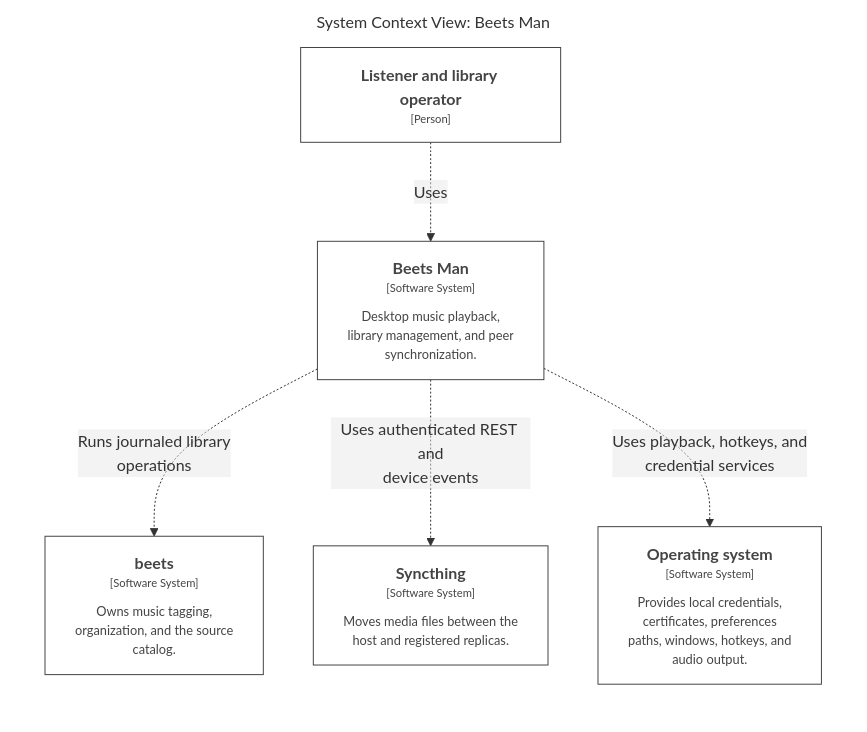
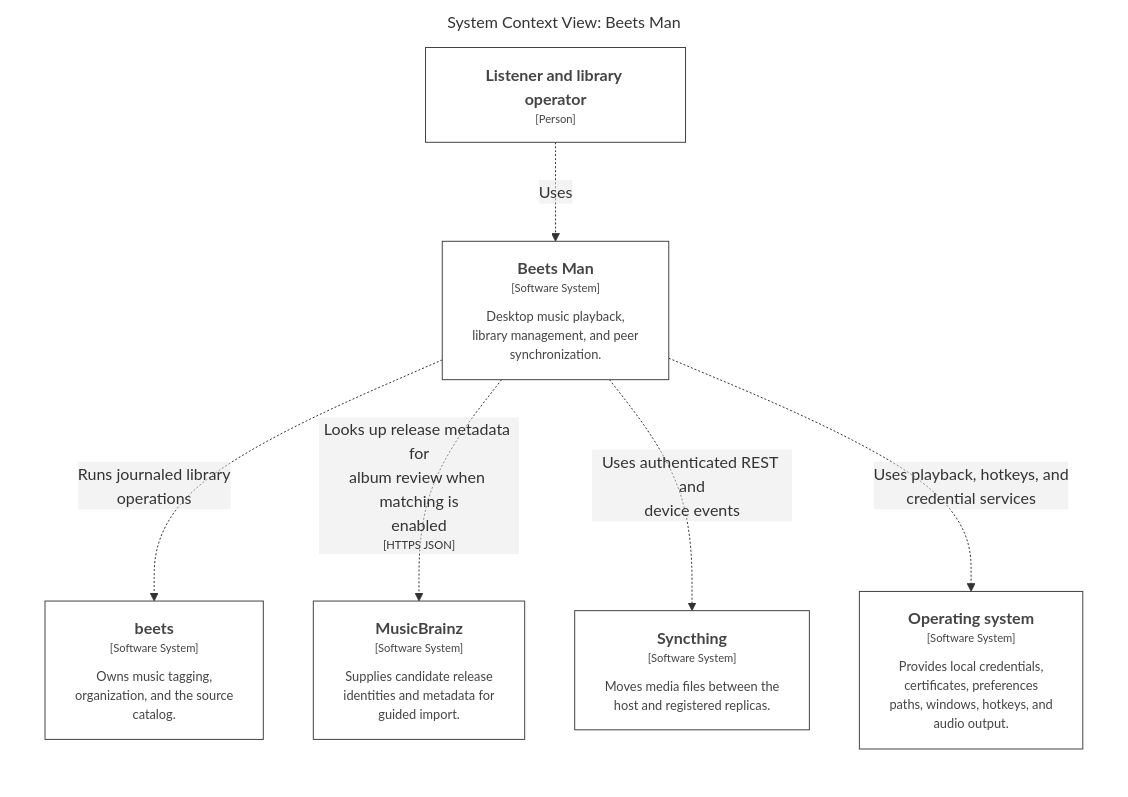
Before and after one commit to sharpninja/beets-man: the first of 13 diagrams in docs/Project/wiki/github/C4-Views.md, drawn with Mermaid. The commit also changed other lines of this file and 486 other files, not shown here.

````diff
--- a/docs/Project/wiki/github/C4-Views.md
+++ b/docs/Project/wiki/github/C4-Views.md
@@ -7,25 +7,28 @@
 ```mermaid
 graph LR
   linkStyle default fill:#ffffff
 
   subgraph diagram ["System Context View: Beets Man"]
     style diagram fill:#ffffff,stroke:#ffffff
 
     1["<div style='font-weight: bold'>Listener and library operator</div><div style='font-size: 70%; margin-top: 0px'>[Person]</div>"]
     style 1 fill:#ffffff,stroke:#444444,color:#444444
     2["<div style='font-weight: bold'>beets</div><div style='font-size: 70%; margin-top: 0px'>[Software System]</div><div style='font-size: 80%; margin-top:10px'>Owns music tagging,<br />organization, and the source<br />catalog.</div>"]
     style 2 fill:#ffffff,stroke:#444444,color:#444444
-    3["<div style='font-weight: bold'>Syncthing</div><div style='font-size: 70%; margin-top: 0px'>[Software System]</div><div style='font-size: 80%; margin-top:10px'>Moves media files between the<br />host and registered replicas.</div>"]
+    3["<div style='font-weight: bold'>MusicBrainz</div><div style='font-size: 70%; margin-top: 0px'>[Software System]</div><div style='font-size: 80%; margin-top:10px'>Supplies candidate release<br />identities and metadata for<br />guided import.</div>"]
     style 3 fill:#ffffff,stroke:#444444,color:#444444
-    5["<div style='font-weight: bold'>Operating system</div><div style='font-size: 70%; margin-top: 0px'>[Software System]</div><div style='font-size: 80%; margin-top:10px'>Provides local credentials,<br />certificates, preferences<br />paths, windows, hotkeys, and<br />audio output.</div>"]
-    style 5 fill:#ffffff,stroke:#444444,color:#444444
-    6["<div style='font-weight: bold'>Beets Man</div><div style='font-size: 70%; margin-top: 0px'>[Software System]</div><div style='font-size: 80%; margin-top:10px'>Desktop music playback,<br />library management, and peer<br />synchronization.</div>"]
+    4["<div style='font-weight: bold'>Syncthing</div><div style='font-size: 70%; margin-top: 0px'>[Software System]</div><div style='font-size: 80%; margin-top:10px'>Moves media files between the<br />host and registered replicas.</div>"]
+    style 4 fill:#ffffff,stroke:#444444,color:#444444
+    6["<div style='font-weight: bold'>Operating system</div><div style='font-size: 70%; margin-top: 0px'>[Software System]</div><div style='font-size: 80%; margin-top:10px'>Provides local credentials,<br />certificates, preferences<br />paths, windows, hotkeys, and<br />audio output.</div>"]
     style 6 fill:#ffffff,stroke:#444444,color:#444444
+    7["<div style='font-weight: bold'>Beets Man</div><div style='font-size: 70%; margin-top: 0px'>[Software System]</div><div style='font-size: 80%; margin-top:10px'>Desktop music playback,<br />library management, and peer<br />synchronization.</div>"]
+    style 7 fill:#ffffff,stroke:#444444,color:#444444
 
-    1-. "<div>Uses</div><div style='font-size: 70%'></div>" .->6
-    6-. "<div>Uses playback, hotkeys, and<br />credential services</div><div style='font-size: 70%'></div>" .->5
-    6-. "<div>Runs journaled library<br />operations</div><div style='font-size: 70%'></div>" .->2
-    6-. "<div>Uses authenticated REST and<br />device events</div><div style='font-size: 70%'></div>" .->3
+    1-. "<div>Uses</div><div style='font-size: 70%'></div>" .->7
+    7-. "<div>Uses playback, hotkeys, and<br />credential services</div><div style='font-size: 70%'></div>" .->6
+    7-. "<div>Runs journaled library<br />operations</div><div style='font-size: 70%'></div>" .->2
+    7-. "<div>Looks up release metadata for<br />album review when matching is<br />enabled</div><div style='font-size: 70%'>[HTTPS JSON]</div>" .->3
+    7-. "<div>Uses authenticated REST and<br />device events</div><div style='font-size: 70%'></div>" .->4
 
   end
 ```
````
